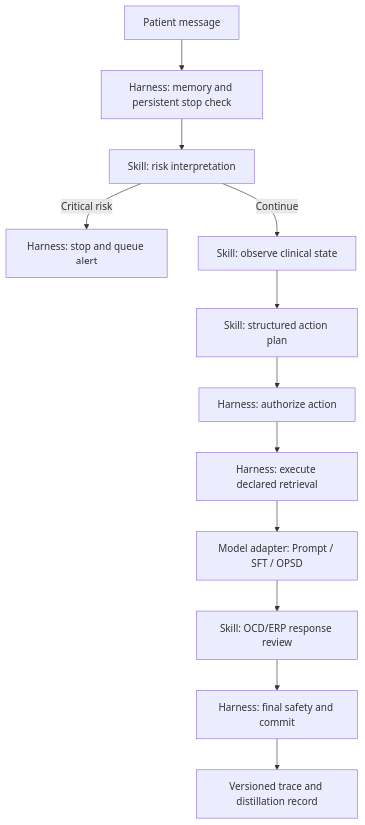
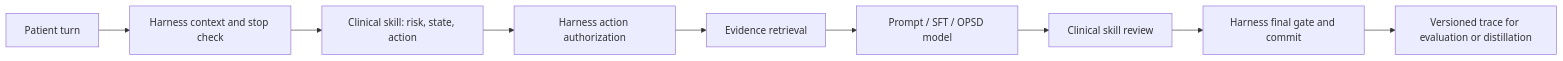
One commit to yyifan-Onyen/digital_doctor changed the diagram in README.md. Above: the diagram before and after it, drawn with Mermaid. The commit also changed other lines of this file, not shown here.

````diff
--- a/README.md
+++ b/README.md
@@ -29,14 +30,11 @@
 ```mermaid
-flowchart TD
-    A[Patient message] --> B[Harness: memory and persistent stop check]
-    B --> C[Skill: risk interpretation]
-    C -->|Critical risk| D[Harness: stop and queue alert]
-    C -->|Continue| E[Skill: observe clinical state]
-    E --> F[Skill: structured action plan]
-    F --> G[Harness: authorize action]
-    G --> H[Harness: execute declared retrieval]
-    H --> I[Model adapter: Prompt / SFT / OPSD]
-    I --> J[Skill: OCD/ERP response review]
-    J --> K[Harness: final safety and commit]
-    K --> L[Versioned trace and distillation record]
+flowchart LR
+    A[Patient turn] --> B[Harness context and stop check]
+    B --> C[Clinical skill: risk, state, action]
+    C --> D[Harness action authorization]
+    D --> E[Evidence retrieval]
+    E --> F[Prompt / SFT / OPSD model]
+    F --> G[Clinical skill review]
+    G --> H[Harness final gate and commit]
+    H --> I[Versioned trace for evaluation or distillation]
 ```
````
